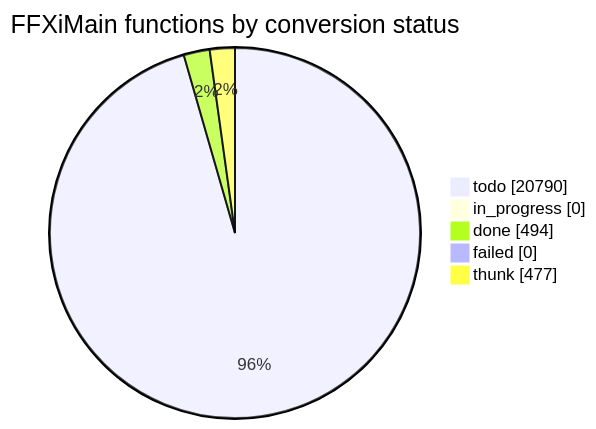
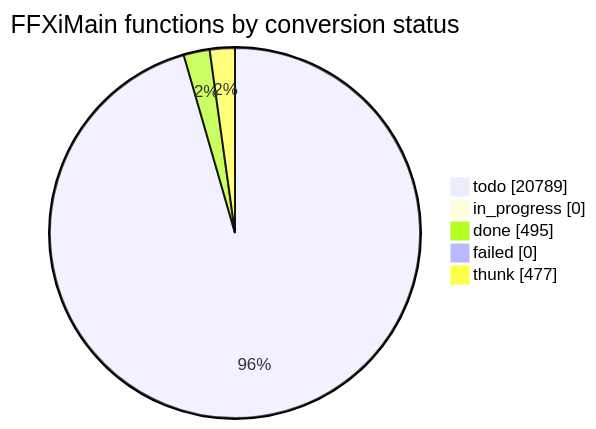
Before and after one commit to cowrevenge/cow_kuluu_xi_anything: the diagram in docs/cow/STATUS.md, drawn with Mermaid. The commit also changed other lines of this file and 9 other files, not shown here.

````diff
--- a/docs/cow/STATUS.md
+++ b/docs/cow/STATUS.md
@@ -18,9 +18,9 @@
 ```mermaid
 pie showData
     title FFXiMain functions by conversion status
-    "todo" : 20790
+    "todo" : 20789
     "in_progress" : 0
-    "done" : 494
+    "done" : 495
     "failed" : 0
     "thunk" : 477
 ```
````
